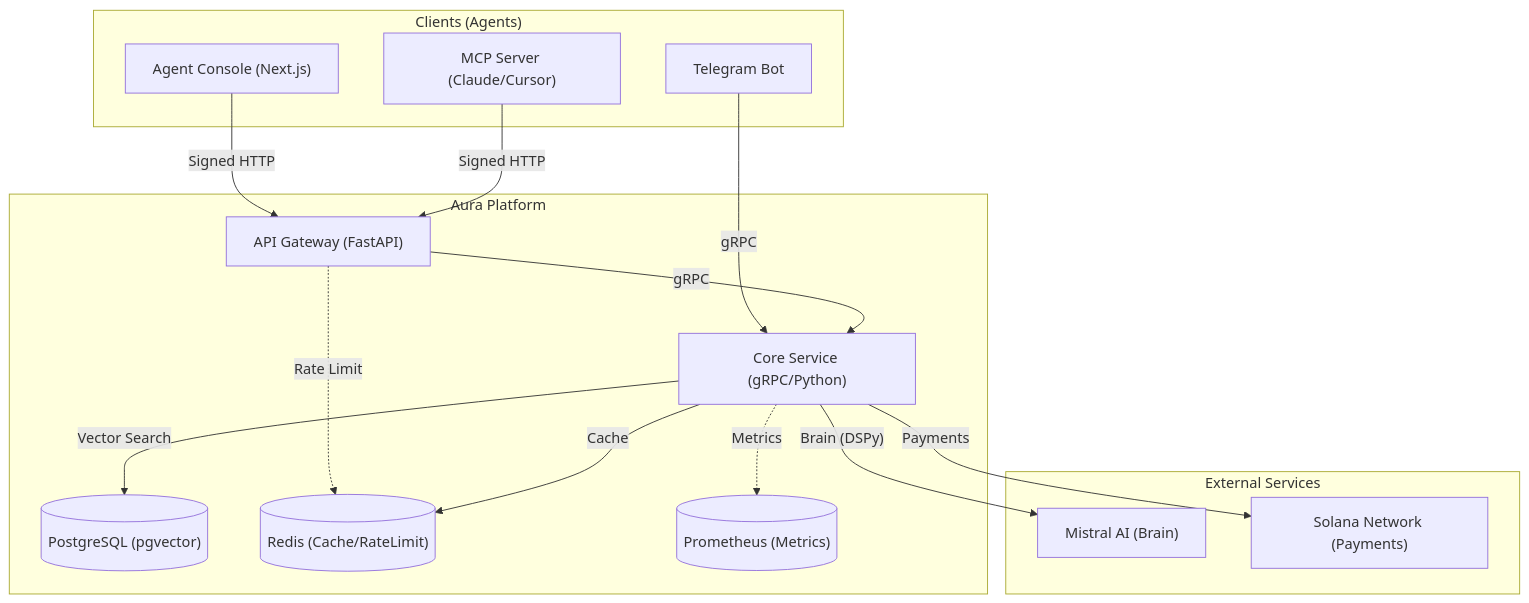
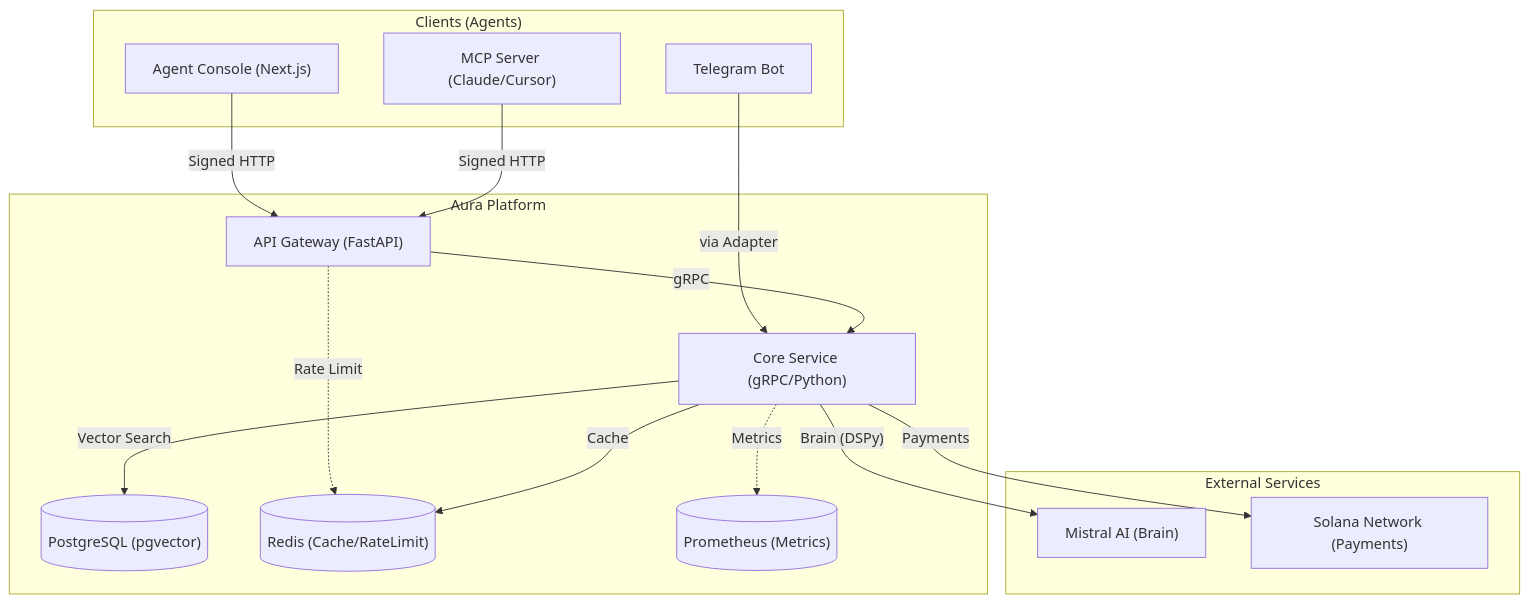
Before and after one commit to zaebee/aura: the diagram in README.md, drawn with Mermaid. The commit also changed other lines of this file and 3 other files, not shown here.

````diff
--- a/README.md
+++ b/README.md
@@ -7,36 +7,36 @@
 ```mermaid
 graph TD
     subgraph Clients ["Clients (Agents)"]
         Browser["Agent Console (Next.js)"]
         Telegram["Telegram Bot"]
         MCP["MCP Server (Claude/Cursor)"]
     end
 
     subgraph Infrastructure ["Aura Platform"]
         Gateway["API Gateway (FastAPI)"]
         Core["Core Service (gRPC/Python)"]
 
         DB[("PostgreSQL (pgvector)")]
         Redis[("Redis (Cache/RateLimit)")]
         Prometheus[("Prometheus (Metrics)")]
     end
 
     subgraph External ["External Services"]
         Mistral["Mistral AI (Brain)"]
         Solana["Solana Network (Payments)"]
     end
 
     %% Connections
     Browser -- "Signed HTTP" --> Gateway
-    Telegram -- "gRPC" --> Core
+    Telegram -- "via Adapter" --> Core
     MCP -- "Signed HTTP" --> Gateway
 
     Gateway -- "gRPC" --> Core
     Gateway -. "Rate Limit" .-> Redis
 
     Core -- "Vector Search" --> DB
     Core -- "Cache" --> Redis
     Core -- "Brain (DSPy)" --> Mistral
     Core -- "Payments" --> Solana
     Core -. "Metrics" .-> Prometheus
 ```
````
